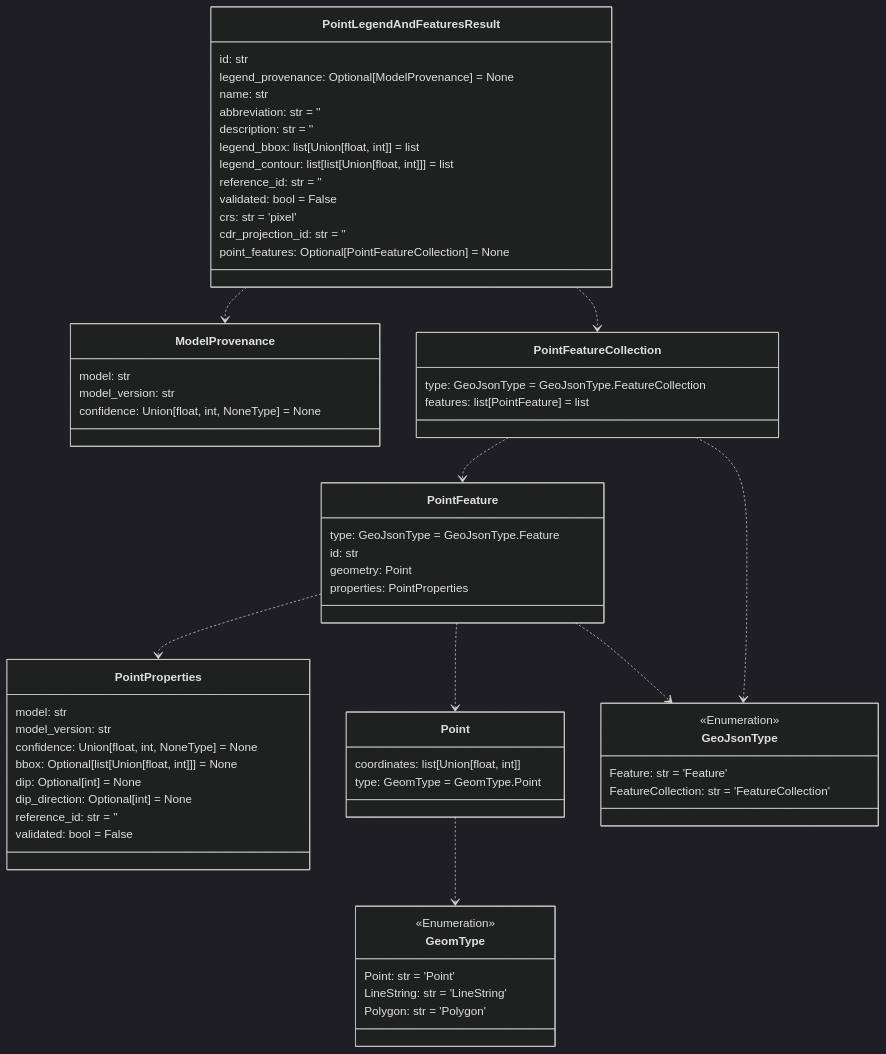
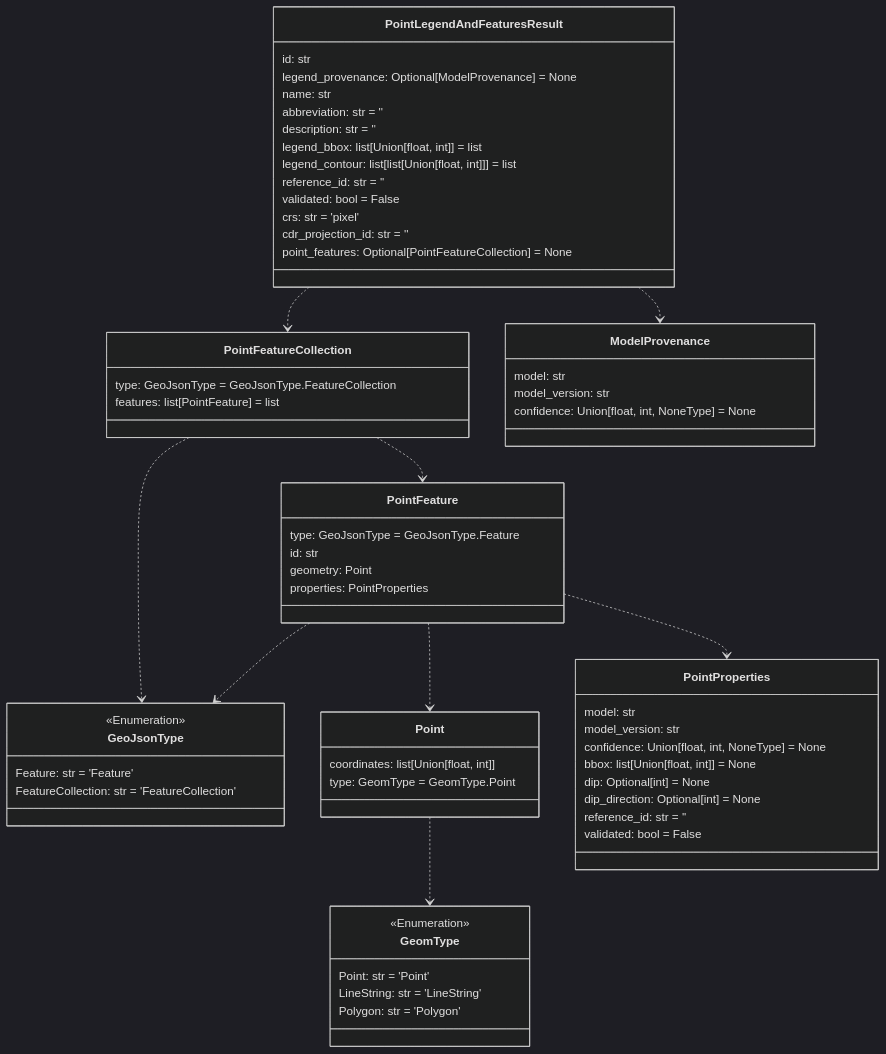
One commit to DARPA-CRITICALMAAS/cdr_schemas changed the fifth of 14 diagrams in README.md. Above: the diagram before and after it, drawn with Mermaid (dark theme). The commit also changed other lines of this file and 1 other file, not shown here.

````diff
--- a/README.md
+++ b/README.md
@@ -368,76 +368,76 @@
 ```mermaid
 classDiagram
-
-    class PointFeature {
-        type: GeoJsonType = GeoJsonType.Feature
-        id: str
-        geometry: Point
-        properties: PointProperties
-    }
-
-    class PointProperties {
-        model: str
-        model_version: str
-        confidence: Union[float, int, NoneType] = None
-        bbox: Optional[list[Union[float, int]]] = None
-        dip: Optional[int] = None
-        dip_direction: Optional[int] = None
-        reference_id: str = ''
-        validated: bool = False
-    }
-
-    class Point {
-        coordinates: list[Union[float, int]]
-        type: GeomType = GeomType.Point
-    }
-
-    class ModelProvenance {
-        model: str
-        model_version: str
-        confidence: Union[float, int, NoneType] = None
-    }
-
-    class GeomType {
-        <<Enumeration>>
-        Point: str = 'Point'
-        LineString: str = 'LineString'
-        Polygon: str = 'Polygon'
-    }
 
     class PointFeatureCollection {
         type: GeoJsonType = GeoJsonType.FeatureCollection
         features: list[PointFeature] = list
     }
 
     class GeoJsonType {
         <<Enumeration>>
         Feature: str = 'Feature'
         FeatureCollection: str = 'FeatureCollection'
+    }
+
+    class Point {
+        coordinates: list[Union[float, int]]
+        type: GeomType = GeomType.Point
+    }
+
+    class GeomType {
+        <<Enumeration>>
+        Point: str = 'Point'
+        LineString: str = 'LineString'
+        Polygon: str = 'Polygon'
+    }
+
+    class ModelProvenance {
+        model: str
+        model_version: str
+        confidence: Union[float, int, NoneType] = None
+    }
+
+    class PointFeature {
+        type: GeoJsonType = GeoJsonType.Feature
+        id: str
+        geometry: Point
+        properties: PointProperties
     }
 
     class PointLegendAndFeaturesResult {
         id: str
         legend_provenance: Optional[ModelProvenance] = None
         name: str
         abbreviation: str = ''
         description: str = ''
         legend_bbox: list[Union[float, int]] = list
         legend_contour: list[list[Union[float, int]]] = list
         reference_id: str = ''
         validated: bool = False
         crs: str = 'pixel'
         cdr_projection_id: str = ''
         point_features: Optional[PointFeatureCollection] = None
     }
 
+    class PointProperties {
+        model: str
+        model_version: str
+        confidence: Union[float, int, NoneType] = None
+        bbox: list[Union[float, int]] = None
+        dip: Optional[int] = None
+        dip_direction: Optional[int] = None
+        reference_id: str = ''
+        validated: bool = False
+    }
+
     Point ..> GeomType
-    PointFeature ..> PointProperties
     PointFeature ..> Point
     PointFeature ..> GeoJsonType
+    PointFeature ..> PointProperties
     PointFeatureCollection ..> PointFeature
     PointFeatureCollection ..> GeoJsonType
+    PointLegendAndFeaturesResult ..> ModelProvenance
     PointLegendAndFeaturesResult ..> PointFeatureCollection
-    PointLegendAndFeaturesResult ..> ModelProvenance
 
 
 ```
````
